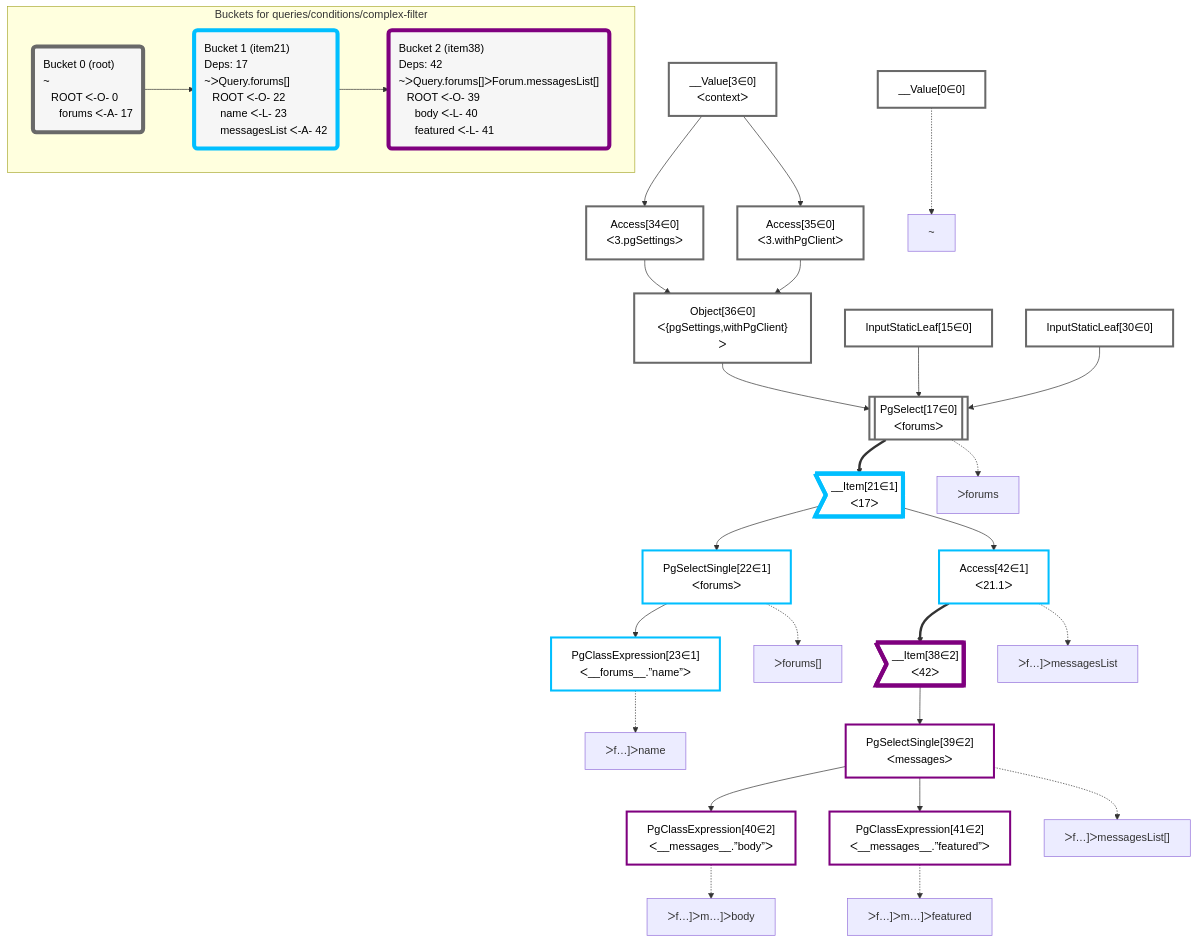
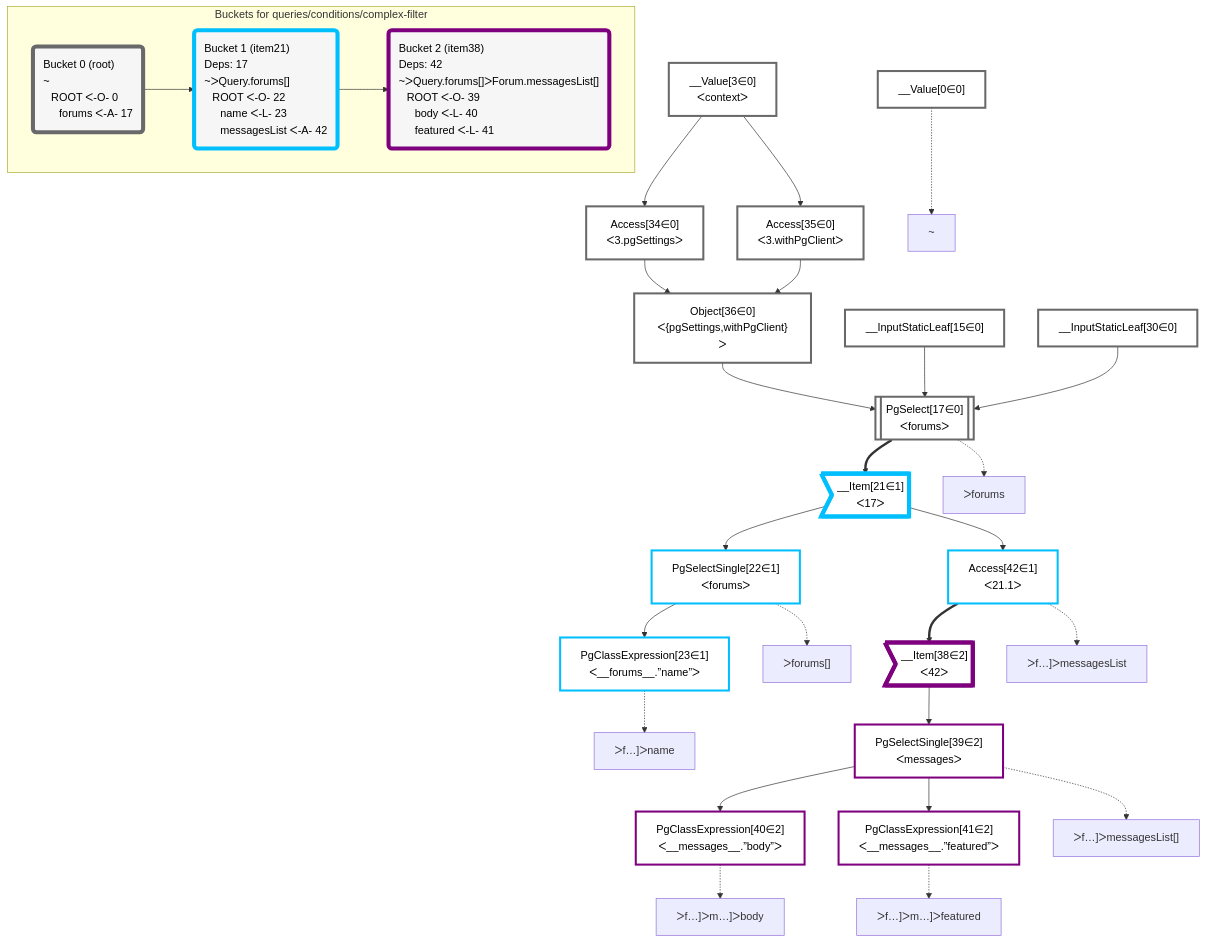
The diagram in packages/dataplan-pg/__tests__/queries/conditions/complex-filter.mermaid.md (graphile/crystal), drawn with Mermaid before and after one commit. The commit also changed 79 other files, not shown here.

````diff
--- a/packages/dataplan-pg/__tests__/queries/conditions/complex-filter.mermaid.md
+++ b/packages/dataplan-pg/__tests__/queries/conditions/complex-filter.mermaid.md
@@ -1,73 +1,73 @@
 ```mermaid
 graph TD
     classDef path fill:#eee,stroke:#000,color:#000
     classDef plan fill:#fff,stroke-width:3px,color:#000
     classDef itemplan fill:#fff,stroke-width:6px,color:#000
     classDef sideeffectplan fill:#f00,stroke-width:6px,color:#000
     classDef bucket fill:#f6f6f6,color:#000,stroke-width:6px,text-align:left
 
 
     %% define plans
     __Value0["__Value[0∈0]"]:::plan
     PgClassExpression23["PgClassExpression[23∈1]<br />ᐸ__forums__.”name”ᐳ"]:::plan
     PgSelectSingle22["PgSelectSingle[22∈1]<br />ᐸforumsᐳ"]:::plan
     PgClassExpression40["PgClassExpression[40∈2]<br />ᐸ__messages__.”body”ᐳ"]:::plan
     PgClassExpression41["PgClassExpression[41∈2]<br />ᐸ__messages__.”featured”ᐳ"]:::plan
     PgSelectSingle39["PgSelectSingle[39∈2]<br />ᐸmessagesᐳ"]:::plan
     __Item38>"__Item[38∈2]<br />ᐸ42ᐳ"]:::itemplan
     Access42["Access[42∈1]<br />ᐸ21.1ᐳ"]:::plan
     __Item21>"__Item[21∈1]<br />ᐸ17ᐳ"]:::itemplan
     PgSelect17[["PgSelect[17∈0]<br />ᐸforumsᐳ"]]:::plan
     Object36["Object[36∈0]<br />ᐸ{pgSettings,withPgClient}ᐳ"]:::plan
     Access34["Access[34∈0]<br />ᐸ3.pgSettingsᐳ"]:::plan
     Access35["Access[35∈0]<br />ᐸ3.withPgClientᐳ"]:::plan
     __Value3["__Value[3∈0]<br />ᐸcontextᐳ"]:::plan
-    InputStaticLeaf15["InputStaticLeaf[15∈0]"]:::plan
-    InputStaticLeaf30["InputStaticLeaf[30∈0]"]:::plan
+    __InputStaticLeaf15["__InputStaticLeaf[15∈0]"]:::plan
+    __InputStaticLeaf30["__InputStaticLeaf[30∈0]"]:::plan
 
     %% plan dependencies
     PgSelectSingle22 --> PgClassExpression23
     __Item21 --> PgSelectSingle22
     PgSelectSingle39 --> PgClassExpression40
     PgSelectSingle39 --> PgClassExpression41
     __Item38 --> PgSelectSingle39
     Access42 ==> __Item38
     __Item21 --> Access42
     PgSelect17 ==> __Item21
-    Object36 & InputStaticLeaf15 & InputStaticLeaf30 --> PgSelect17
+    Object36 & __InputStaticLeaf15 & __InputStaticLeaf30 --> PgSelect17
     Access34 & Access35 --> Object36
     __Value3 --> Access34
     __Value3 --> Access35
 
     %% plan-to-path relationships
     P0["~"]
     __Value0 -.-> P0
     P17["ᐳforums"]
     PgSelect17 -.-> P17
     P22["ᐳforums[]"]
     PgSelectSingle22 -.-> P22
     P23["ᐳf…]ᐳname"]
     PgClassExpression23 -.-> P23
     P39["ᐳf…]ᐳmessagesList[]"]
     PgSelectSingle39 -.-> P39
     P40["ᐳf…]ᐳm…]ᐳbody"]
     PgClassExpression40 -.-> P40
     P41["ᐳf…]ᐳm…]ᐳfeatured"]
     PgClassExpression41 -.-> P41
     P42["ᐳf…]ᐳmessagesList"]
     Access42 -.-> P42
 
     subgraph "Buckets for queries/conditions/complex-filter"
     Bucket0("Bucket 0 (root)<br />~<br />⠀ROOT ᐸ-O- 0<br />⠀⠀forums ᐸ-A- 17"):::bucket
     classDef bucket0 stroke:#696969
-    class Bucket0,__Value0,__Value3,InputStaticLeaf15,PgSelect17,InputStaticLeaf30,Access34,Access35,Object36 bucket0
+    class Bucket0,__Value0,__Value3,__InputStaticLeaf15,PgSelect17,__InputStaticLeaf30,Access34,Access35,Object36 bucket0
     Bucket1("Bucket 1 (item21)<br />Deps: 17<br />~ᐳQuery.forums[]<br />⠀ROOT ᐸ-O- 22<br />⠀⠀name ᐸ-L- 23<br />⠀⠀messagesList ᐸ-A- 42"):::bucket
     classDef bucket1 stroke:#00bfff
     class Bucket1,__Item21,PgSelectSingle22,PgClassExpression23,Access42 bucket1
     Bucket2("Bucket 2 (item38)<br />Deps: 42<br />~ᐳQuery.forums[]ᐳForum.messagesList[]<br />⠀ROOT ᐸ-O- 39<br />⠀⠀body ᐸ-L- 40<br />⠀⠀featured ᐸ-L- 41"):::bucket
     classDef bucket2 stroke:#7f007f
     class Bucket2,__Item38,PgSelectSingle39,PgClassExpression40,PgClassExpression41 bucket2
     Bucket0 --> Bucket1
     Bucket1 --> Bucket2
     end
 ```
````
